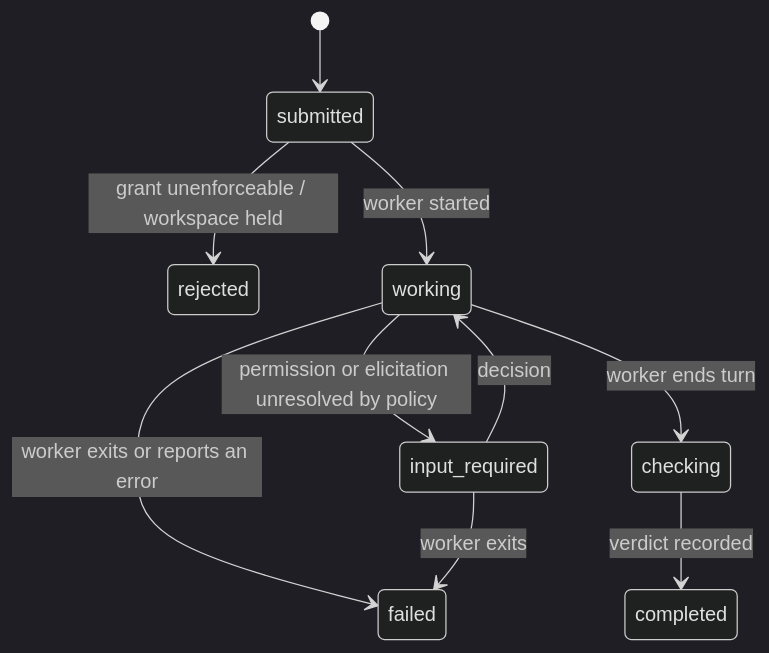
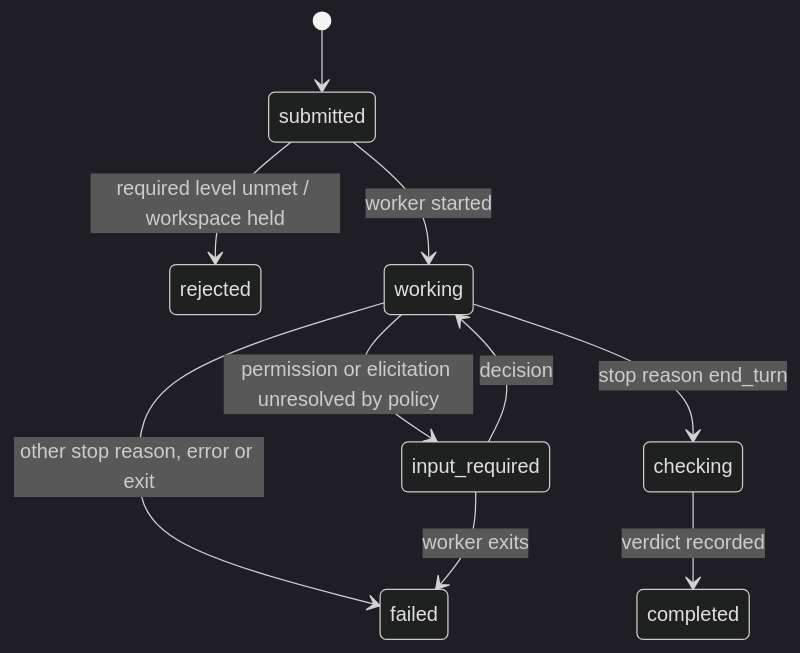
Before and after one commit to CameronBrooks11/kagu: the second of 2 diagrams in docs/spec.md, drawn with Mermaid (dark theme). The commit also changed other lines of this file and 2 other files, not shown here.

First line of the commit message:
docs: tighten release, secrets, stop reasons and writer contracts

````diff
--- a/docs/spec.md
+++ b/docs/spec.md
@@ -113,12 +119,12 @@
 ```mermaid
 stateDiagram-v2
   [*] --> submitted
-  submitted --> rejected: grant unenforceable / workspace held
+  submitted --> rejected: required level unmet / workspace held
   submitted --> working: worker started
   working --> input_required: permission or elicitation unresolved by policy
   input_required --> working: decision
-  working --> checking: worker ends turn
-  working --> failed: worker exits or reports an error
+  working --> checking: stop reason end_turn
+  working --> failed: other stop reason, error or exit
   input_required --> failed: worker exits
   checking --> completed: verdict recorded
 ```
````
